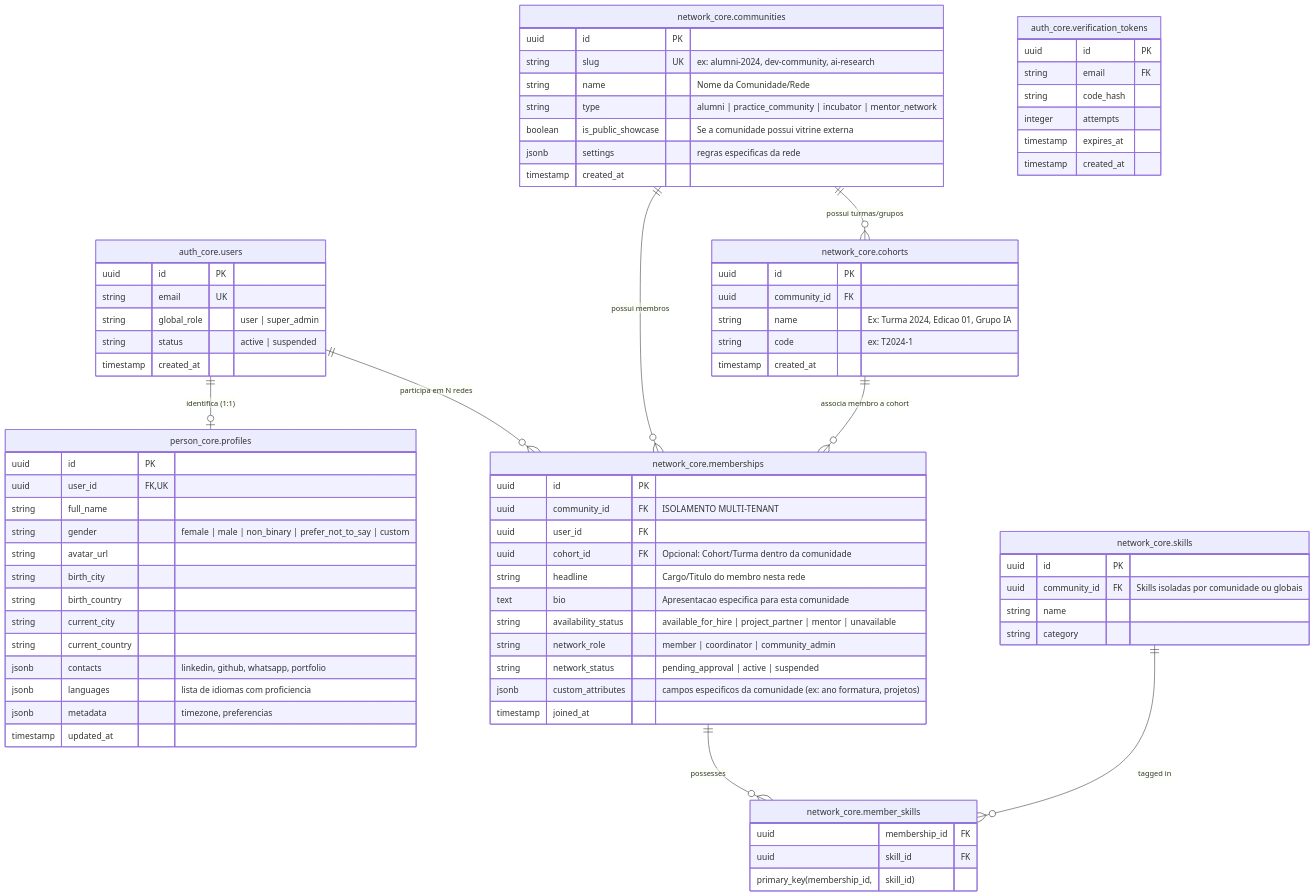
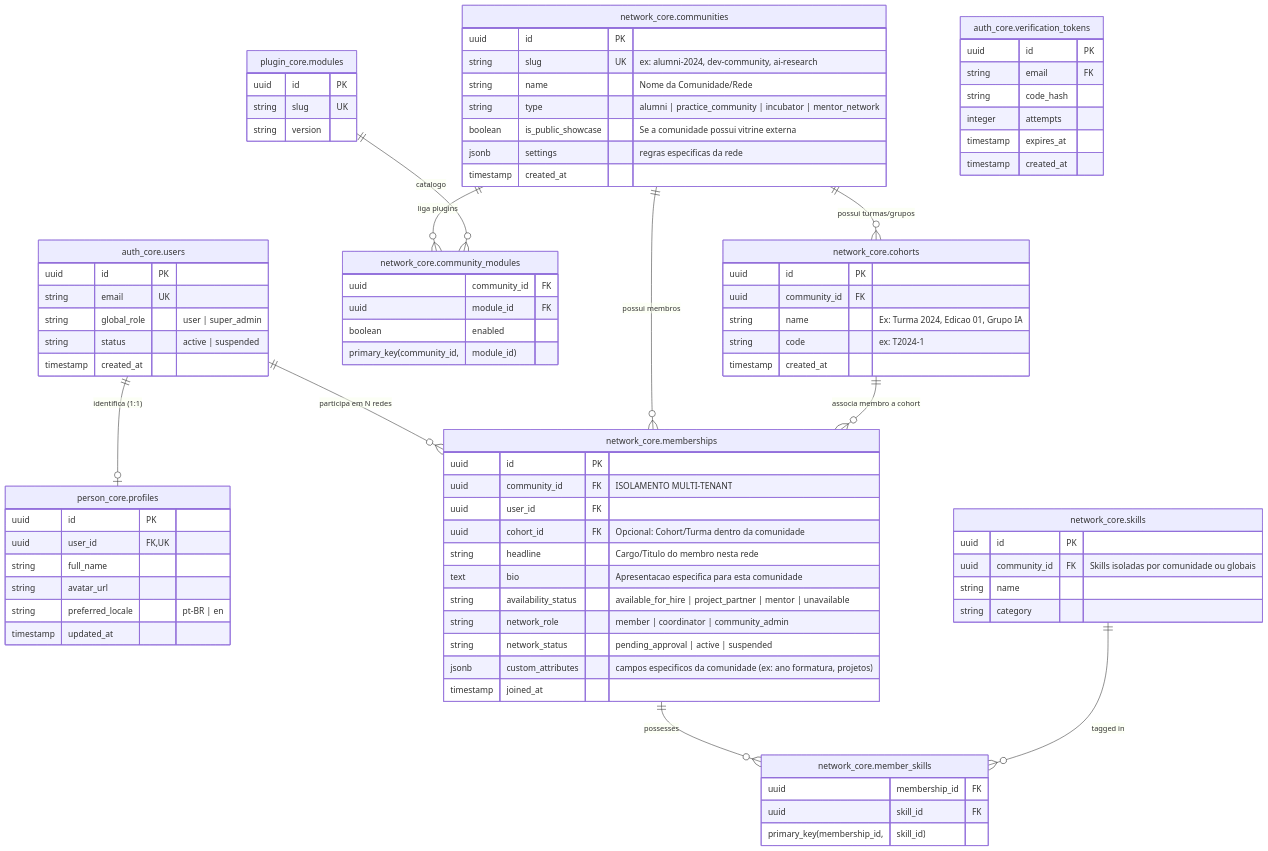
The diagram in docs/06_database.md (colabcolibri/comuna), drawn with Mermaid before and after one commit. The commit also changed other lines of this file and 19 other files, not shown here.

```diff
--- a/docs/06_database.md
+++ b/docs/06_database.md
@@ -18,6 +29,8 @@
     "auth_core.users" ||--O| "person_core.profiles" : "identifica (1:1)"
     "auth_core.users" ||--O{ "network_core.memberships" : "participa em N redes"
     "network_core.communities" ||--O{ "network_core.memberships" : "possui membros"
+    "network_core.communities" ||--O{ "network_core.community_modules" : "liga plugins"
+    "plugin_core.modules" ||--O{ "network_core.community_modules" : "catalogo"
     "network_core.communities" ||--O{ "network_core.cohorts" : "possui turmas/grupos"
     "network_core.cohorts" ||--O{ "network_core.memberships" : "associa membro a cohort"
     "network_core.memberships" ||--O{ "network_core.member_skills" : "possesses"
@@ -35,16 +48,22 @@
         uuid id PK
         uuid user_id FK, UK
         string full_name
-        string gender "female | male | non_binary | prefer_not_to_say | custom"
         string avatar_url
-        string birth_city
-        string birth_country
-        string current_city
-        string current_country
-        jsonb contacts "linkedin, github, whatsapp, portfolio"
-        jsonb languages "lista de idiomas com proficiencia"
-        jsonb metadata "timezone, preferencias"
+        string preferred_locale "pt-BR | en"
         timestamp updated_at
+    }
+
+    "plugin_core.modules" {
+        uuid id PK
+        string slug UK
+        string version
+    }
+
+    "network_core.community_modules" {
+        uuid community_id FK
+        uuid module_id FK
+        boolean enabled
+        primary_key(community_id, module_id)
     }
 
     "network_core.communities" {
```
